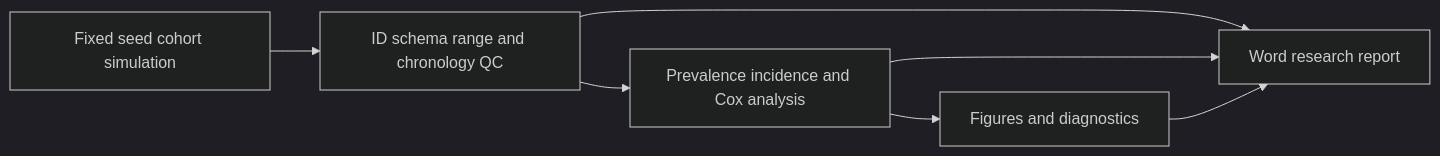
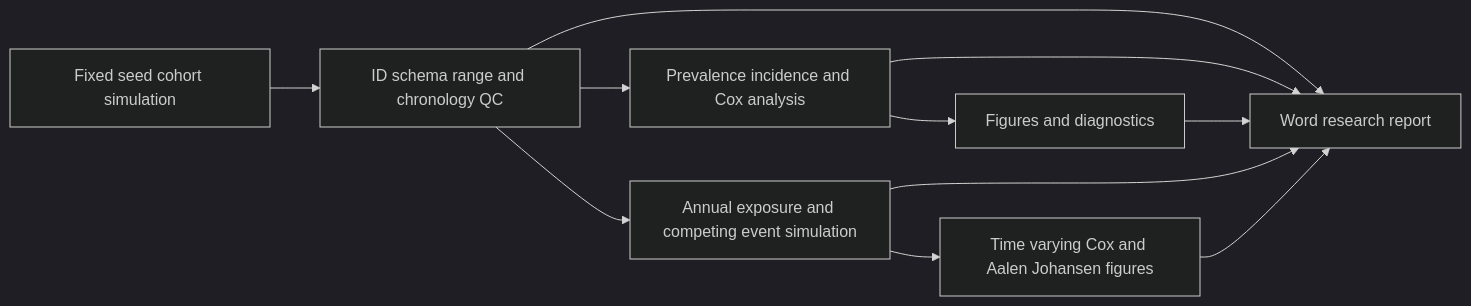
The diagram in README.md (Vusumuzi2Mabasa/OccuSurv-NF), drawn with Mermaid (dark theme) before and after one commit. The commit also changed other lines of this file and 40 other files, not shown here.

Commit message:
Extend surveillance with time-varying exposure and competing risks

````diff
--- a/README.md
+++ b/README.md
@@ -9,9 +9,13 @@
 ```mermaid
 flowchart LR
  A[Fixed seed cohort simulation] --> B[ID schema range and chronology QC]
  B --> C[Prevalence incidence and Cox analysis]
  C --> D[Figures and diagnostics]
  B --> E[Word research report]
  C --> E
  D --> E
+ B --> F[Annual exposure and competing event simulation]
+ F --> G[Time varying Cox and Aalen Johansen figures]
+ F --> E
+ G --> E
 ```
````
